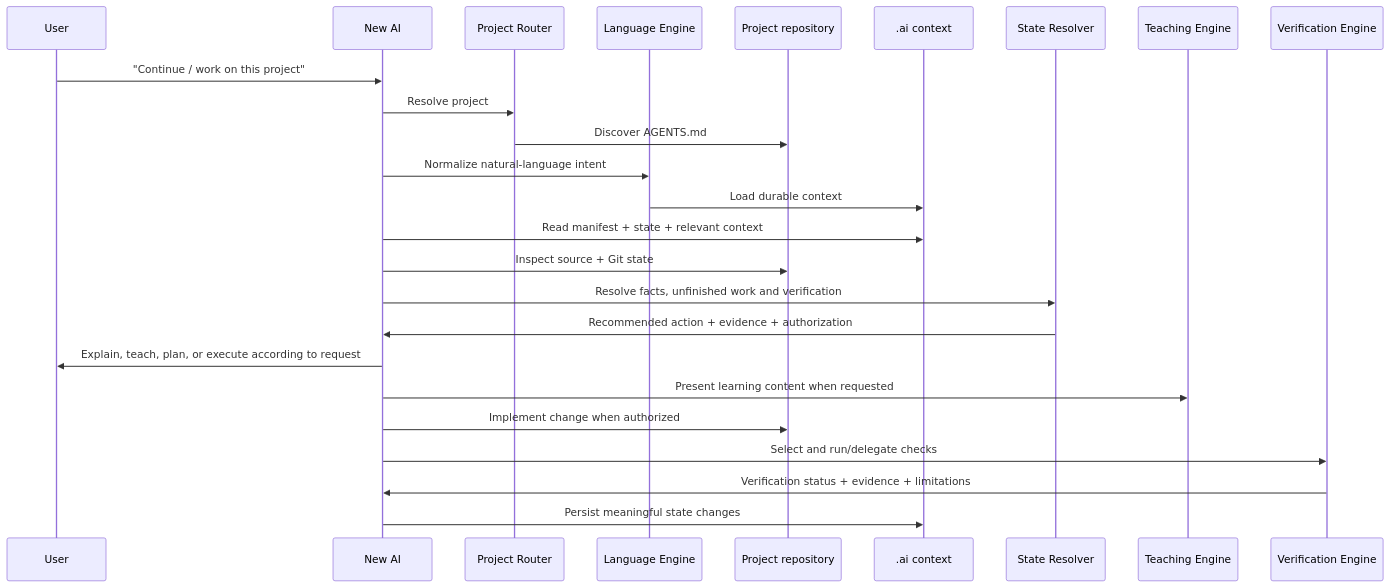
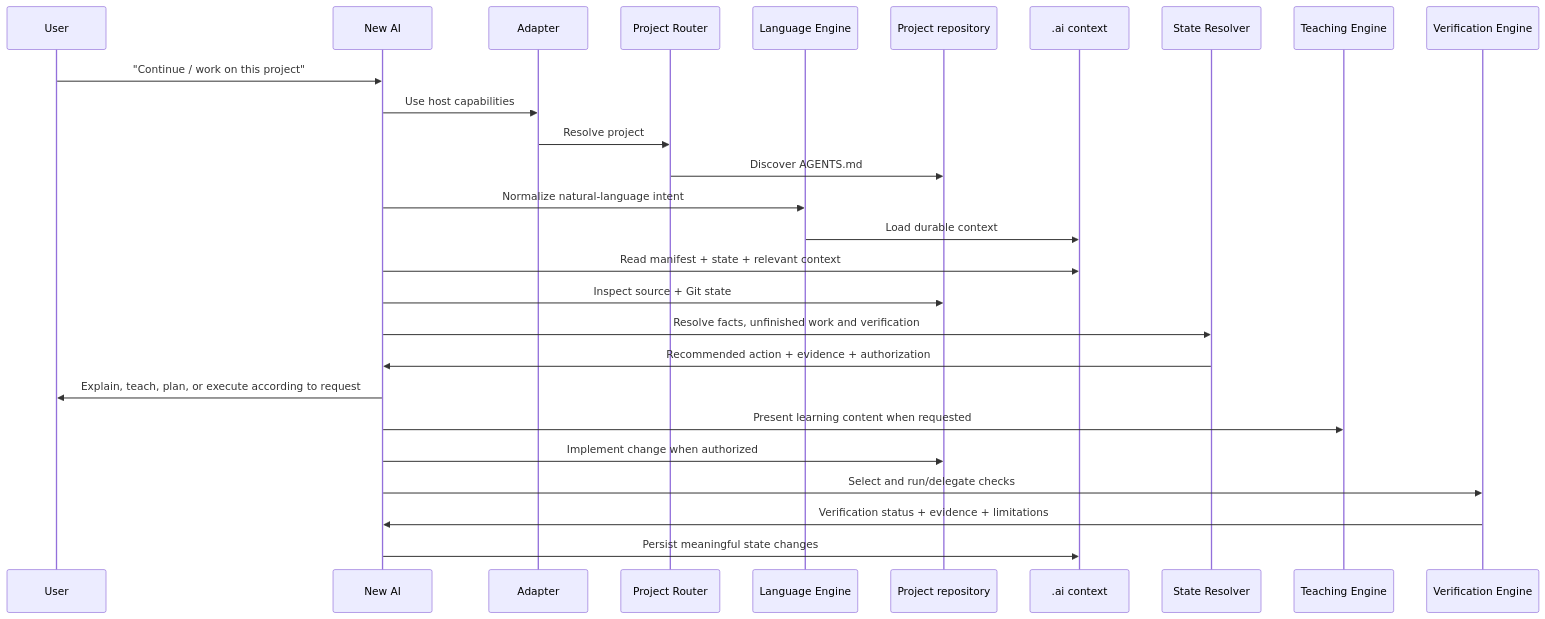
Before and after one commit to zzpsah/chatgpt-development-os: the third of 3 diagrams in docs/ARCHITECTURE.md, drawn with Mermaid. The commit also changed other lines of this file, not shown here.

Commit message:
docs: add multi-AI adapter architecture

````diff
--- a/docs/ARCHITECTURE.md
+++ b/docs/ARCHITECTURE.md
@@ -102,28 +104,30 @@
 ```mermaid
 sequenceDiagram
     participant U as User
     participant A as New AI
+    participant AD as Adapter
     participant R as Project Router
     participant E as Language Engine
     participant G as Project repository
     participant C as .ai context
     participant S as State Resolver
     participant TE as Teaching Engine
     participant V as Verification Engine
 
     U->>A: "Continue / work on this project"
-    A->>R: Resolve project
+    A->>AD: Use host capabilities
+    AD->>R: Resolve project
     R->>G: Discover AGENTS.md
     A->>E: Normalize natural-language intent
     E->>C: Load durable context
     A->>C: Read manifest + state + relevant context
     A->>G: Inspect source + Git state
     A->>S: Resolve facts, unfinished work and verification
     S->>A: Recommended action + evidence + authorization
     A->>U: Explain, teach, plan, or execute according to request
     A->>TE: Present learning content when requested
     A->>G: Implement change when authorized
     A->>V: Select and run/delegate checks
     V->>A: Verification status + evidence + limitations
     A->>C: Persist meaningful state changes
 ```
````
